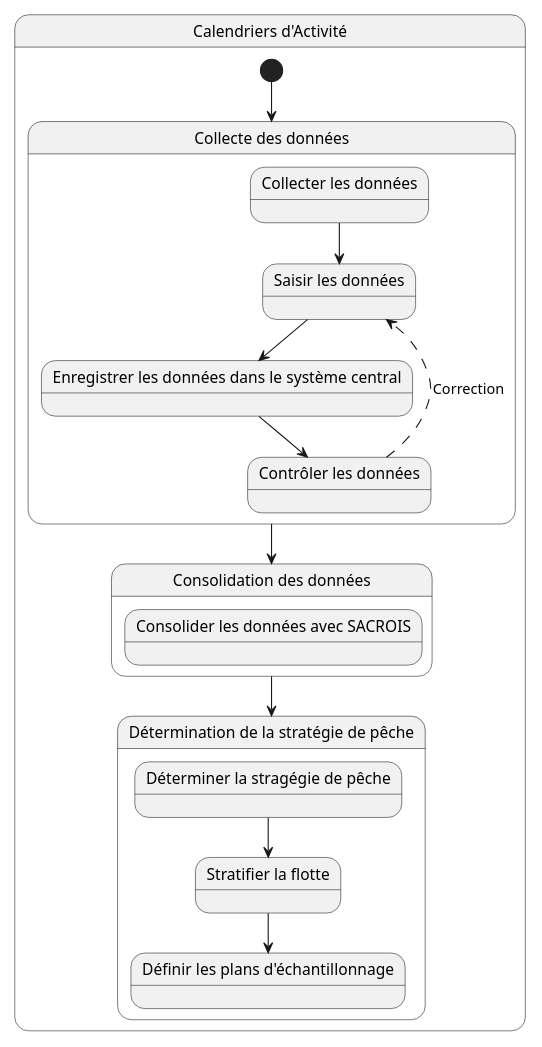
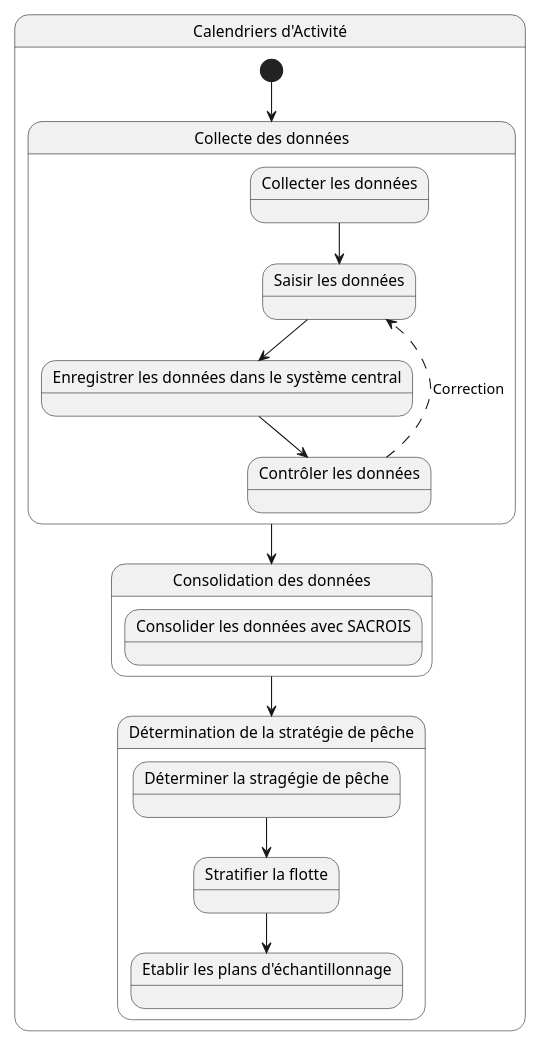
One commit to sumaris-net/sumaris-doc changed the diagram in projects/activity-calendar/spe/images/processus-metier.puml. Above: the diagram before and after it, drawn with PlantUML. The commit also changed 5 other files, not shown here.

```diff
--- a/projects/activity-calendar/spe/images/processus-metier.puml
+++ b/projects/activity-calendar/spe/images/processus-metier.puml
@@ -1,40 +1,40 @@
 @startuml
 'https://plantuml.com/state-diagram
 
 scale 350 width
 
 
 state "Calendriers d'Activité" as calendriers {
 
     state "Collecte des données" as collecte {
       state "Collecter les données" as collecter
       state "Saisir les données" as saisir
       state "Enregistrer les données dans le système central" as enregistrer
       state "Contrôler les données" as contrôler
       collecter --> saisir
       saisir --> enregistrer
       enregistrer --> contrôler
       contrôler --[dashed]-> saisir : Correction
     }
 
     state "Consolidation des données" as consolidation {
       state "Consolider les données avec SACROIS" as consolider
 
     }
 
     state "Détermination de la stratégie de pêche" as stratégie_peche {
       state "Déterminer la stragégie de pêche" as stratégie
       state "Stratifier la flotte" as stratifier
-      state "Définir les plans d'échantillonnage" as échantillonner
+      state "Etablir les plans d'échantillonnage" as échantillonner
       stratégie --> stratifier
       stratifier --> échantillonner
     }
 
     [*] --> collecte
     collecte --> consolidation
     consolidation --> stratégie_peche
 }
 
 
 
 @enduml
```
